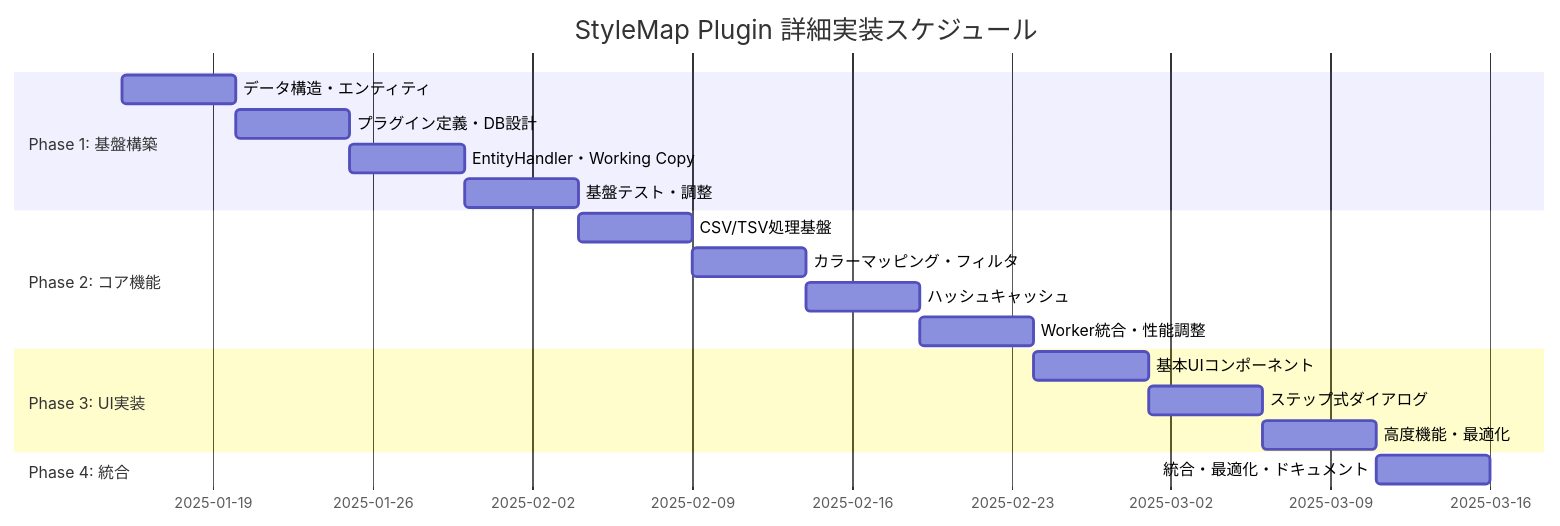
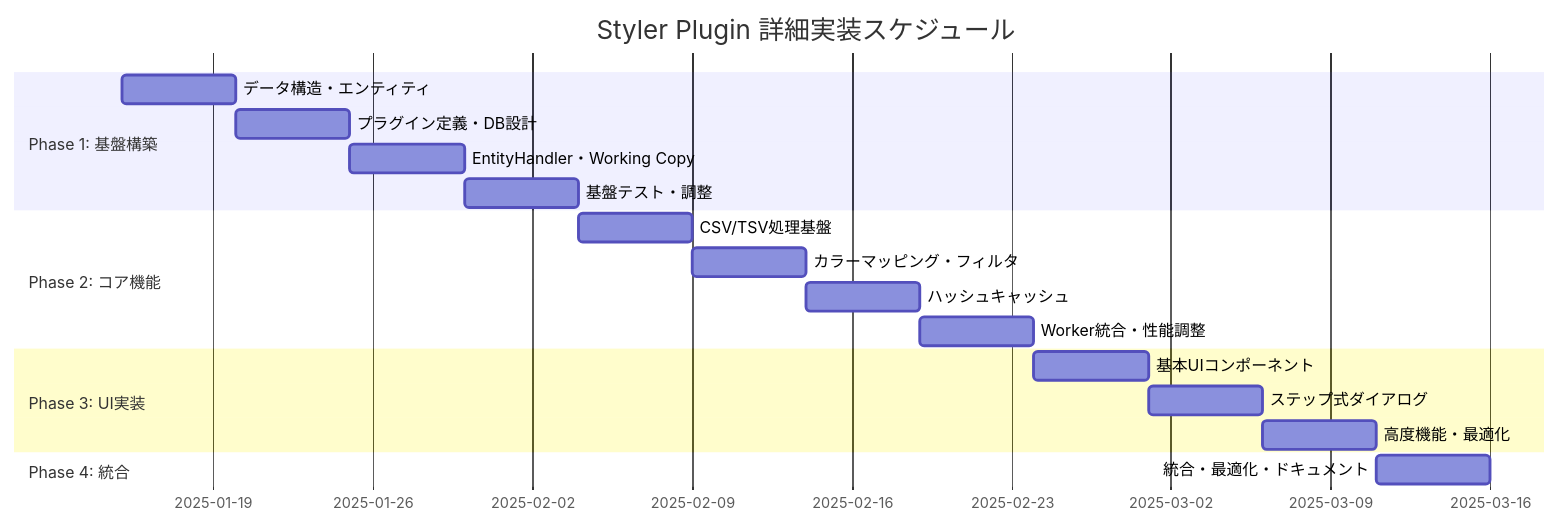
Before and after one commit to kubohiroya/hierarchidb: the second of 2 diagrams in docs/tasks/stylemap-overview.md, drawn with Mermaid. The commit also changed other lines of this file and 267 other files, not shown here.

First line of the commit message:
refactor: rename stylemap-plugin to styler-plugin

````diff
--- a/docs/tasks/stylemap-overview.md
+++ b/docs/tasks/stylemap-overview.md
@@ -160,21 +160,21 @@
 ```mermaid
 gantt
-    title StyleMap Plugin 詳細実装スケジュール
+    title Styler Plugin 詳細実装スケジュール
     dateFormat  YYYY-MM-DD
     section Phase 1: 基盤構築
     データ構造・エンティティ   :p1w1, 2025-01-15, 5d
     プラグイン定義・DB設計    :p1w2, after p1w1, 5d
     EntityHandler・Working Copy :p1w3, after p1w2, 5d
     基盤テスト・調整         :p1w4, after p1w3, 5d
     section Phase 2: コア機能
     CSV/TSV処理基盤         :p2w1, after p1w4, 5d
     カラーマッピング・フィルタ :p2w2, after p2w1, 5d
     ハッシュキャッシュ       :p2w3, after p2w2, 5d
     Worker統合・性能調整     :p2w4, after p2w3, 5d
     section Phase 3: UI実装
     基本UIコンポーネント     :p3w1, after p2w4, 5d
     ステップ式ダイアログ     :p3w2, after p3w1, 5d
     高度機能・最適化        :p3w3, after p3w2, 5d
     section Phase 4: 統合
     統合・最適化・ドキュメント :p4w1, after p3w3, 5d
 ```
````
